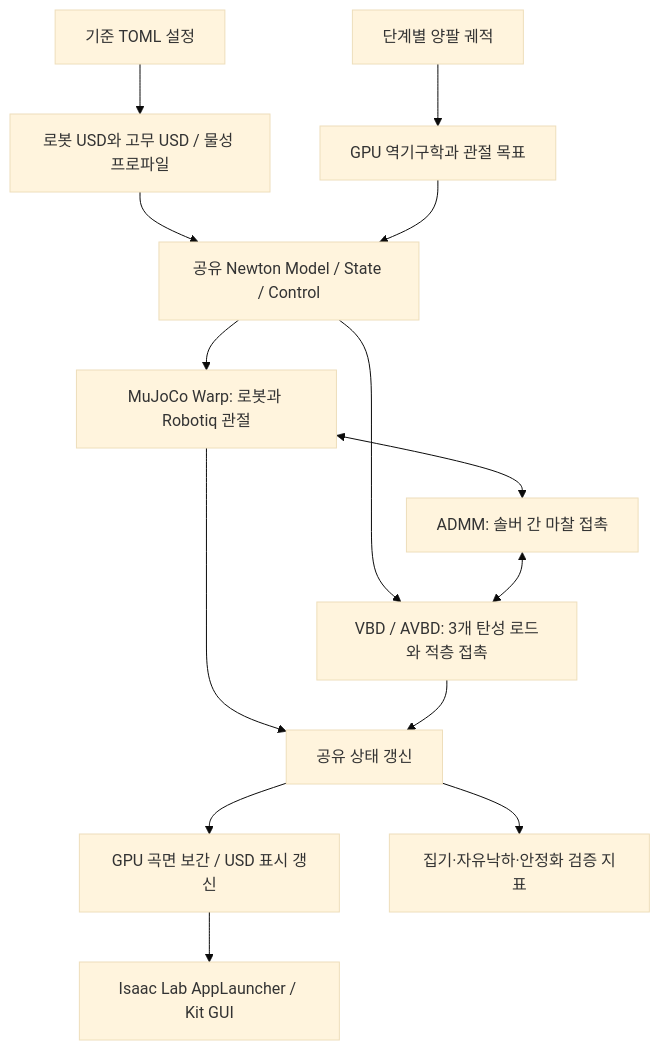
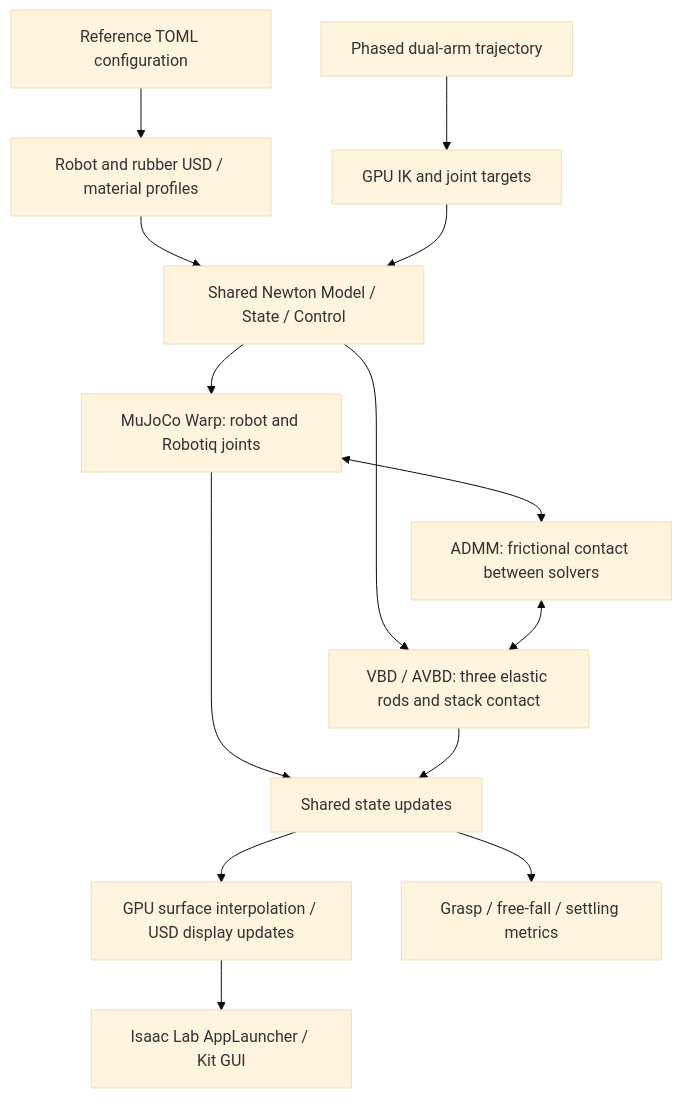
The diagram in README.md (nv-jonghwan/NewtonVBD_WeatherStrip), drawn with Mermaid (base theme) before and after one commit. The commit also changed other lines of this file and 1 other file, not shown here.

````diff
--- a/README.md
+++ b/README.md
@@ -64,16 +66,16 @@
 ```mermaid
 flowchart TD
-    A[기준 TOML 설정] --> B[로봇 USD와 고무 USD / 물성 프로파일]
-    B --> C[공유 Newton Model / State / Control]
-    T[단계별 양팔 궤적] --> IK[GPU 역기구학과 관절 목표]
+    A[Reference TOML configuration] --> B[Robot and rubber USD / material profiles]
+    B --> C[Shared Newton Model / State / Control]
+    T[Phased dual-arm trajectory] --> IK[GPU IK and joint targets]
     IK --> C
-    C --> M[MuJoCo Warp: 로봇과 Robotiq 관절]
-    C --> V[VBD / AVBD: 3개 탄성 로드와 적층 접촉]
-    M <--> K[ADMM: 솔버 간 마찰 접촉]
+    C --> M[MuJoCo Warp: robot and Robotiq joints]
+    C --> V[VBD / AVBD: three elastic rods and stack contact]
+    M <--> K[ADMM: frictional contact between solvers]
     K <--> V
-    M --> S[공유 상태 갱신]
+    M --> S[Shared state updates]
     V --> S
-    S --> R[GPU 곡면 보간 / USD 표시 갱신]
+    S --> R[GPU surface interpolation / USD display updates]
     R --> G[Isaac Lab AppLauncher / Kit GUI]
-    S --> Q[집기·자유낙하·안정화 검증 지표]
+    S --> Q[Grasp / free-fall / settling metrics]
 ```
````
